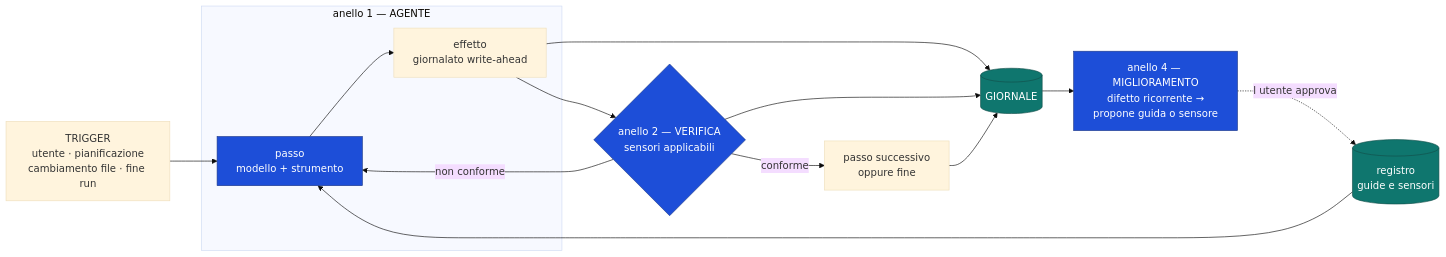
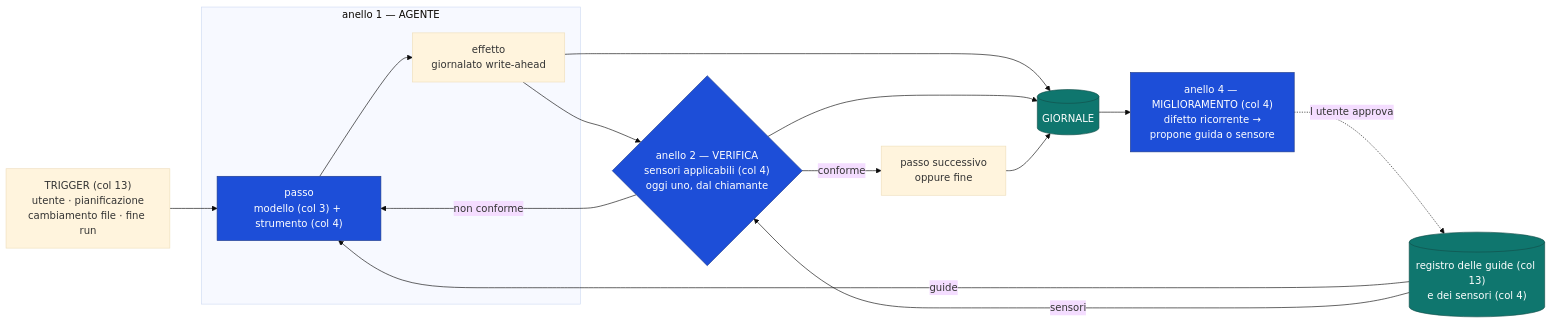
One commit to devfrx/daemon changed the first of 2 diagrams in docs/design/04-anelli-e-sensori.md. Above: the diagram before and after it, drawn with Mermaid (base theme). The commit also changed other lines of this file and 2 other files, not shown here.

First line of the commit message:
audit(2026-09-30): i diagrammi 04-06 dicono il vero di oggi, col segno (col N) su ciò che è deciso e non costruito

````diff
--- a/docs/design/04-anelli-e-sensori.md
+++ b/docs/design/04-anelli-e-sensori.md
@@ -26,25 +33,26 @@
 ```mermaid
 flowchart LR
-    T["TRIGGER<br/>utente · pianificazione<br/>cambiamento file · fine run"] --> A
+    T["TRIGGER (col 13)<br/>utente · pianificazione<br/>cambiamento file · fine run"] --> A
 
     subgraph AL["anello 1 — AGENTE"]
-        A["passo<br/>modello + strumento"] --> E["effetto<br/>giornalato write-ahead"]
+        A["passo<br/>modello (col 3) + strumento (col 4)"] --> E["effetto<br/>giornalato write-ahead"]
     end
 
-    E --> S{"anello 2 — VERIFICA<br/>sensori applicabili"}
+    E --> S{"anello 2 — VERIFICA<br/>sensori applicabili (col 4)<br/>oggi uno, dal chiamante"}
     S -->|conforme| N["passo successivo<br/>oppure fine"]
     S -->|"non conforme"| A
 
     E --> J[("GIORNALE")]
     S --> J
     N --> J
 
-    J --> H["anello 4 — MIGLIORAMENTO<br/>difetto ricorrente →<br/>propone guida o sensore"]
-    H -.->|"l utente approva"| G[("registro<br/>guide e sensori")]
-    G --> A
+    J --> H["anello 4 — MIGLIORAMENTO (col 4)<br/>difetto ricorrente →<br/>propone guida o sensore"]
+    H -.->|"l utente approva"| G[("registro delle guide (col 13)<br/>e dei sensori (col 4)")]
+    G -->|guide| A
+    G -->|sensori| S
 
     classDef loop fill:#1d4ed8,stroke:#1e3a8a,color:#fff
     classDef store fill:#0f766e,stroke:#134e4a,color:#fff
     class A,S,H loop
     class J,G store
 ```
````
